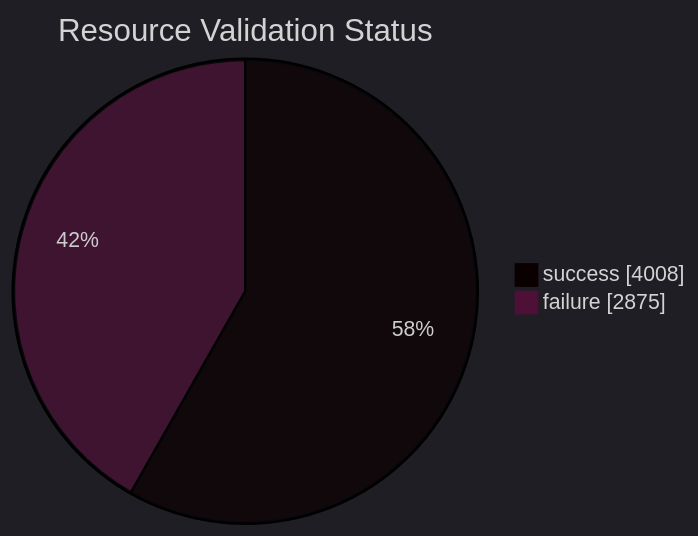
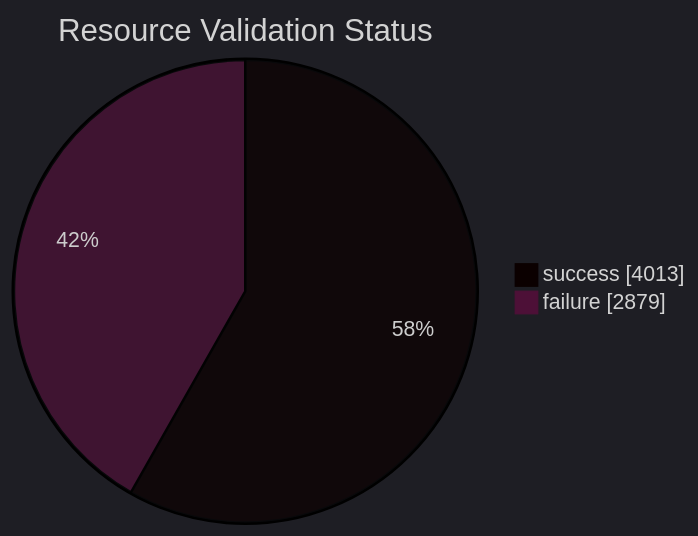
Before and after one commit to open-data/analytics-corporate-reporting: the diagram in datastore_tracker/resource_validation_status_pie_chart.md, drawn with Mermaid. The commit also changed 11 other files, not shown here.

````diff
--- a/datastore_tracker/resource_validation_status_pie_chart.md
+++ b/datastore_tracker/resource_validation_status_pie_chart.md
@@ -2,9 +2,9 @@
 ```mermaid
 ---
 config:
   theme: dark
 ---
 pie showData title Resource Validation Status
-    "success": 4008
-    "failure": 2875
+    "success": 4013
+    "failure": 2879
 ```
````
